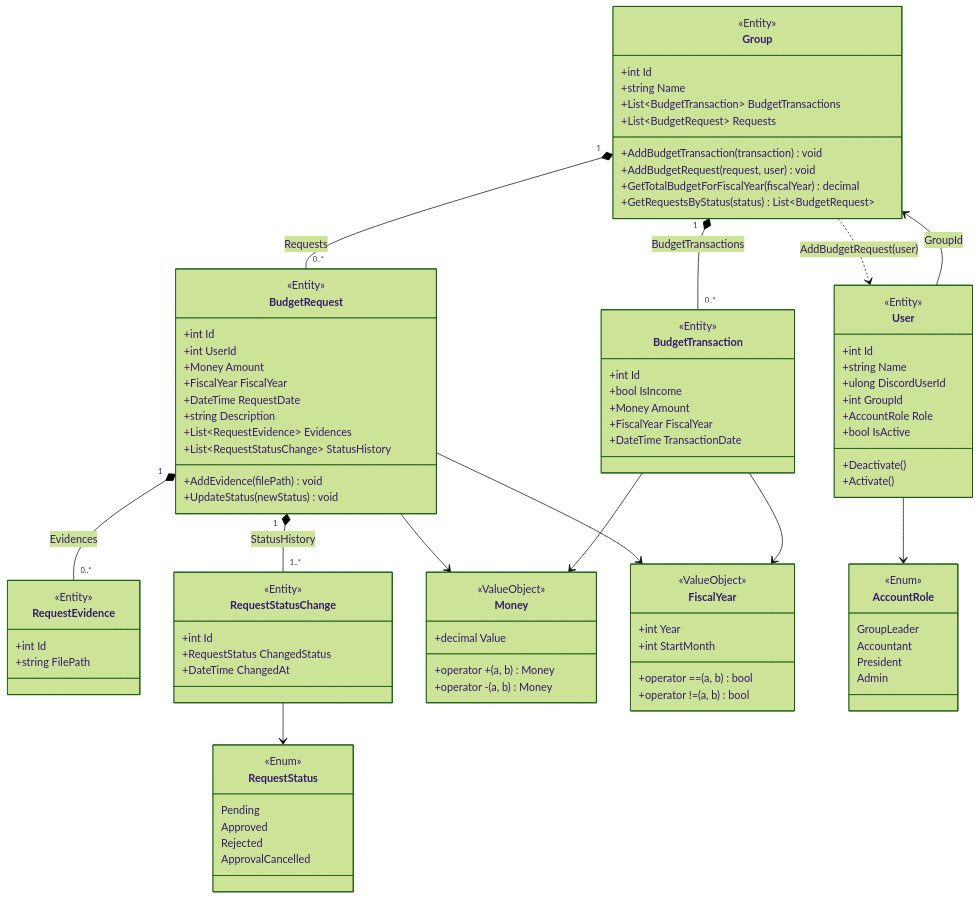
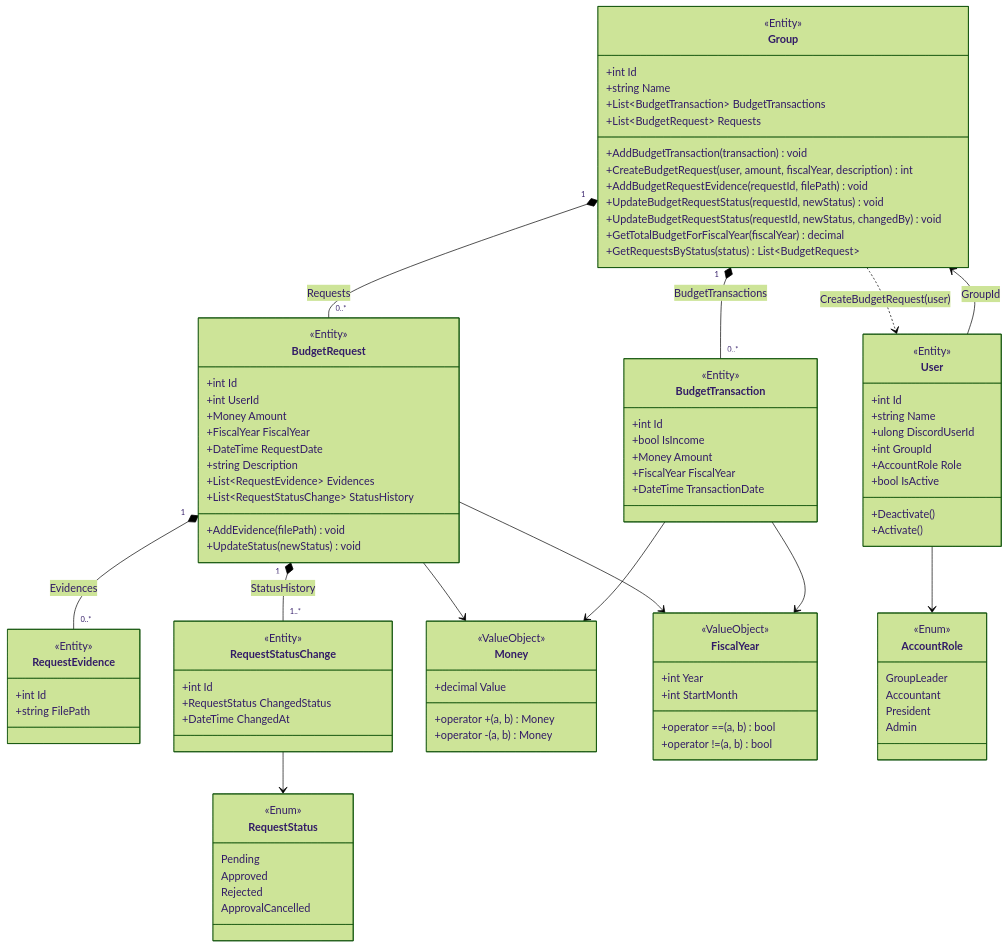
Before and after one commit to CASru-IT/BudgetManagementBotSystem: the second of 2 diagrams in docs/design.md, drawn with Mermaid (forest theme). The commit also changed other lines of this file and 9 other files, not shown here.

````diff
--- a/docs/design.md
+++ b/docs/design.md
@@ -120,7 +138,10 @@
   +List~BudgetTransaction~ BudgetTransactions
   +List~BudgetRequest~ Requests
   +AddBudgetTransaction(transaction) void
-  +AddBudgetRequest(request, user) void
+  +CreateBudgetRequest(user, amount, fiscalYear, description) int
+  +AddBudgetRequestEvidence(requestId, filePath) void
+  +UpdateBudgetRequestStatus(requestId, newStatus) void
+  +UpdateBudgetRequestStatus(requestId, newStatus, changedBy) void
   +GetTotalBudgetForFiscalYear(fiscalYear) decimal
   +GetRequestsByStatus(status) List~BudgetRequest~
 }
@@ -215,5 +236,5 @@
 RequestStatusChange --> RequestStatus
 User --> AccountRole
 User --> Group : GroupId
-Group ..> User : AddBudgetRequest(user)
+Group ..> User : CreateBudgetRequest(user)
 ```
````
